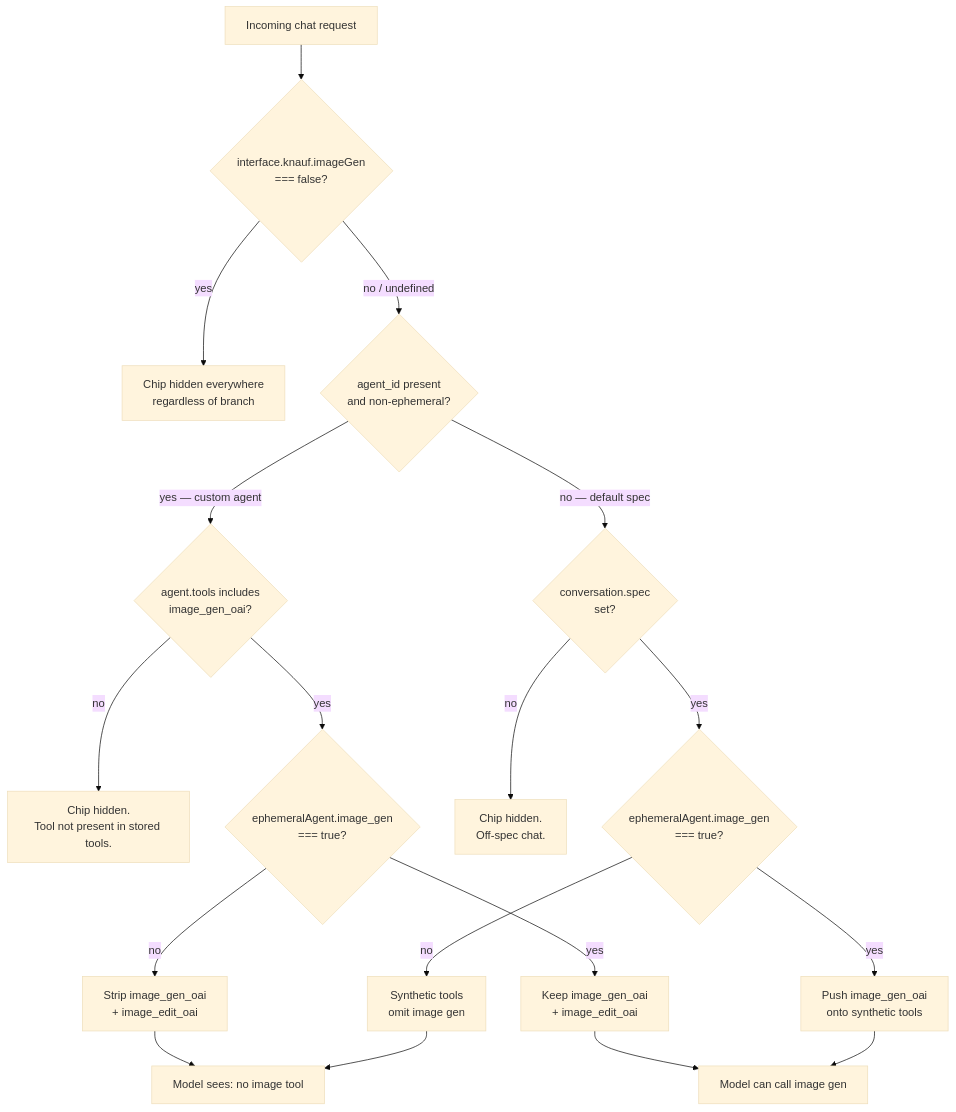
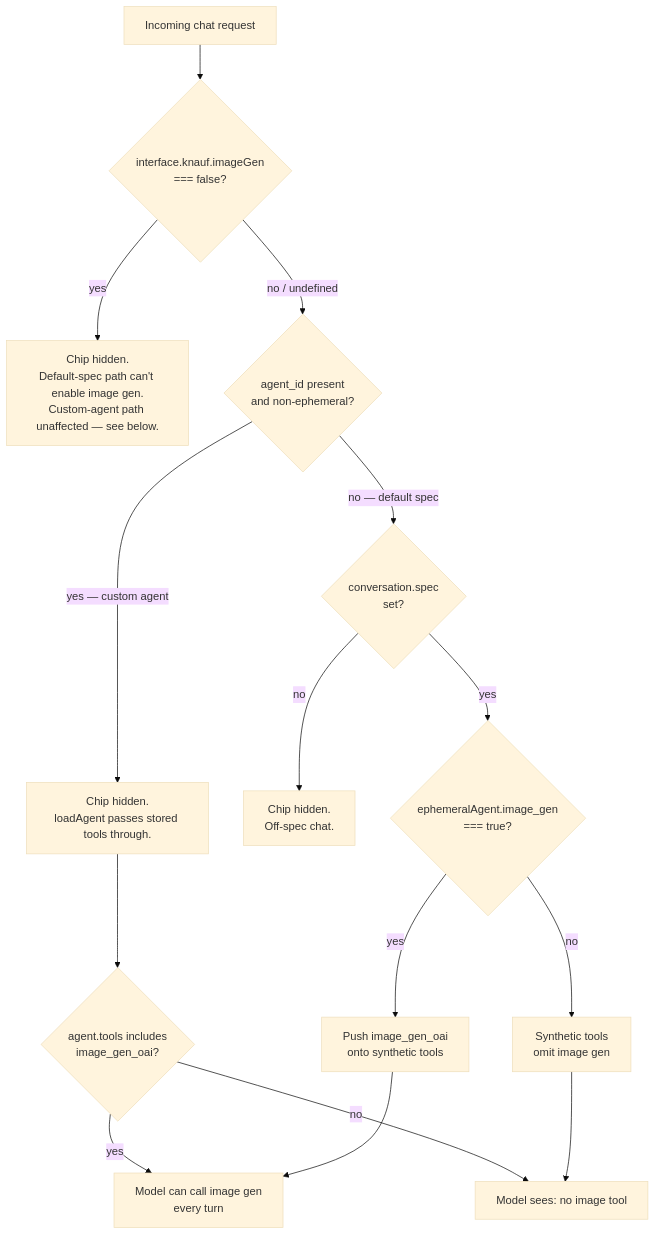
One commit to Falenos/LibreChat changed the second of 3 diagrams in knauf/docs/reference/image-gen-toggle.md. Above: the diagram before and after it, drawn with Mermaid (base theme). The commit also changed other lines of this file and 5 other files, not shown here.

First line of the commit message:
feat(knauf): KK20-168 image gen on custom agents is always-on (no chip)

````diff
--- a/knauf/docs/reference/image-gen-toggle.md
+++ b/knauf/docs/reference/image-gen-toggle.md
@@ -132,20 +120,17 @@
 ```mermaid
 flowchart TD
   A[Incoming chat request] --> K{interface.knauf.imageGen<br/>=== false?}
-  K -->|yes| Z0[Chip hidden everywhere<br/>regardless of branch]
+  K -->|yes| Z0[Chip hidden.<br/>Default-spec path can't enable image gen.<br/>Custom-agent path unaffected — see below.]
   K -->|no / undefined| B{agent_id present<br/>and non-ephemeral?}
-  B -->|yes — custom agent| C{agent.tools includes<br/>image_gen_oai?}
-  C -->|no| Z1[Chip hidden.<br/>Tool not present in stored tools.]
-  C -->|yes| D{ephemeralAgent.image_gen<br/>=== true?}
-  D -->|no| E[Strip image_gen_oai<br/>+ image_edit_oai]
-  D -->|yes| F[Keep image_gen_oai<br/>+ image_edit_oai]
+  B -->|yes — custom agent| C[Chip hidden.<br/>loadAgent passes stored tools through.]
+  C --> P{agent.tools includes<br/>image_gen_oai?}
+  P -->|yes| N[Model can call image gen<br/>every turn]
+  P -->|no| M[Model sees: no image tool]
   B -->|no — default spec| G{conversation.spec<br/>set?}
   G -->|no| Z2[Chip hidden.<br/>Off-spec chat.]
   G -->|yes| H{ephemeralAgent.image_gen<br/>=== true?}
   H -->|no| Z3[Synthetic tools<br/>omit image gen]
   H -->|yes| I[Push image_gen_oai<br/>onto synthetic tools]
-  E --> M[Model sees: no image tool]
-  F --> N[Model can call image gen]
   Z3 --> M
   I --> N
 ```
````
